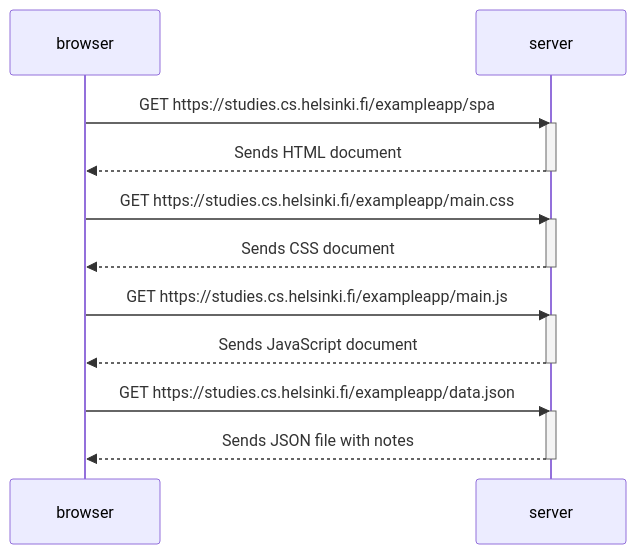
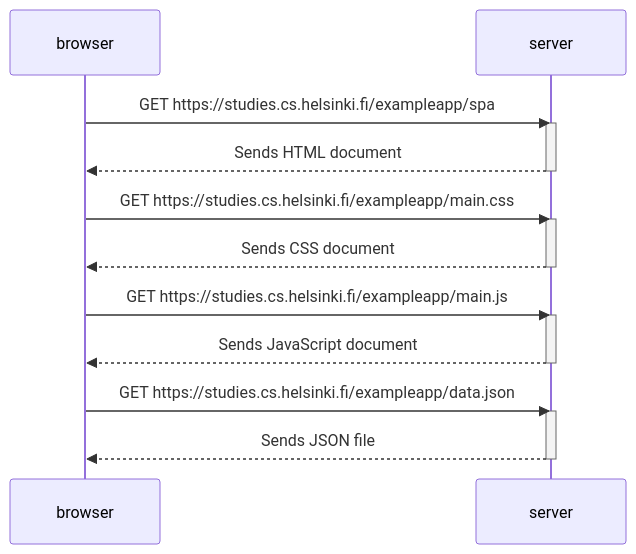
Before and after one commit to early-dew/FullStackOpen: the diagram in Part0/0.5: Single page app diagram.md, drawn with Mermaid.

Commit message:
Update 0.5: Single page app diagram.md

````diff
--- a/Part0/0.5: Single page app diagram.md
+++ b/Part0/0.5: Single page app diagram.md
@@ -1,21 +1,21 @@
 ```mermaid
 sequenceDiagram
  participant browser
  participant server
  browser->>server: GET https://studies.cs.helsinki.fi/exampleapp/spa
  activate server
  server-->>browser: Sends HTML document
  deactivate server
  browser->>server: GET https://studies.cs.helsinki.fi/exampleapp/main.css
  activate server
  server-->>browser: Sends CSS document
  deactivate server
  browser->>server: GET https://studies.cs.helsinki.fi/exampleapp/main.js
  activate server
  server-->>browser: Sends JavaScript document
  deactivate server
  browser->>server: GET https://studies.cs.helsinki.fi/exampleapp/data.json
  activate server
- server-->>browser: Sends JSON file with notes
+ server-->>browser: Sends JSON file
  deactivate server
 ```
````
